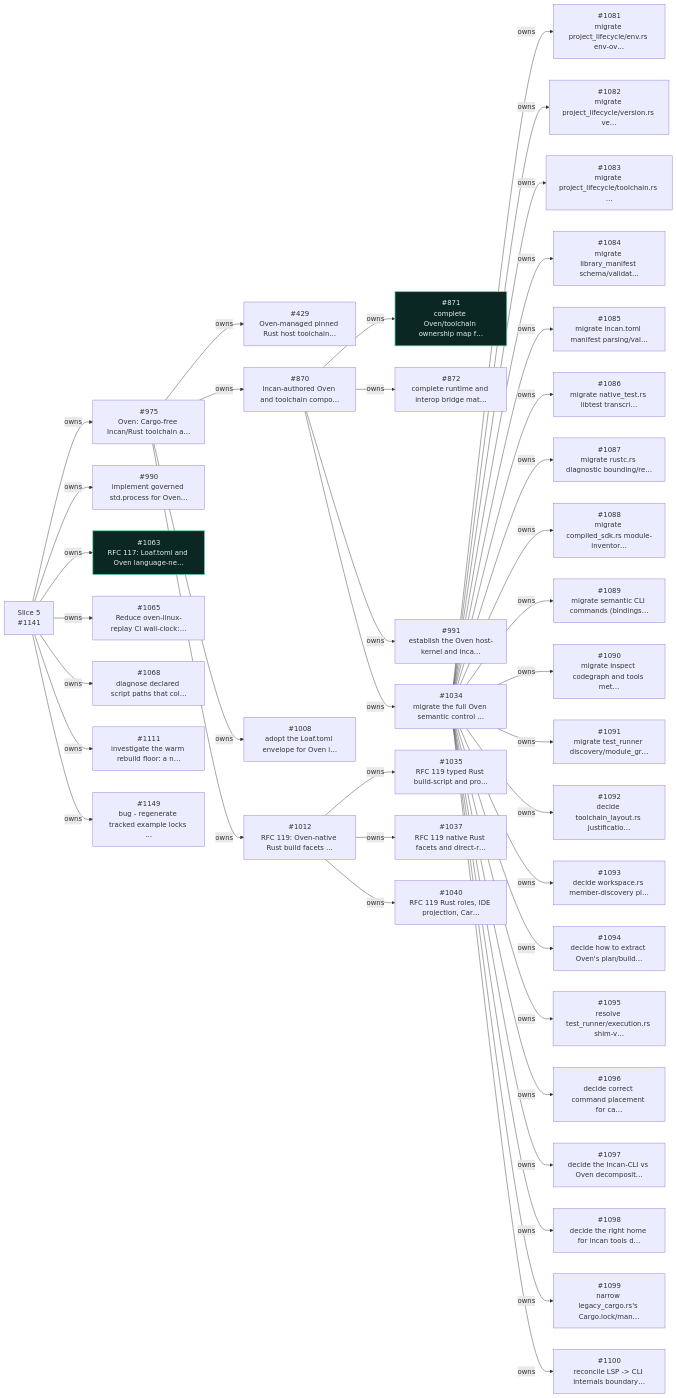
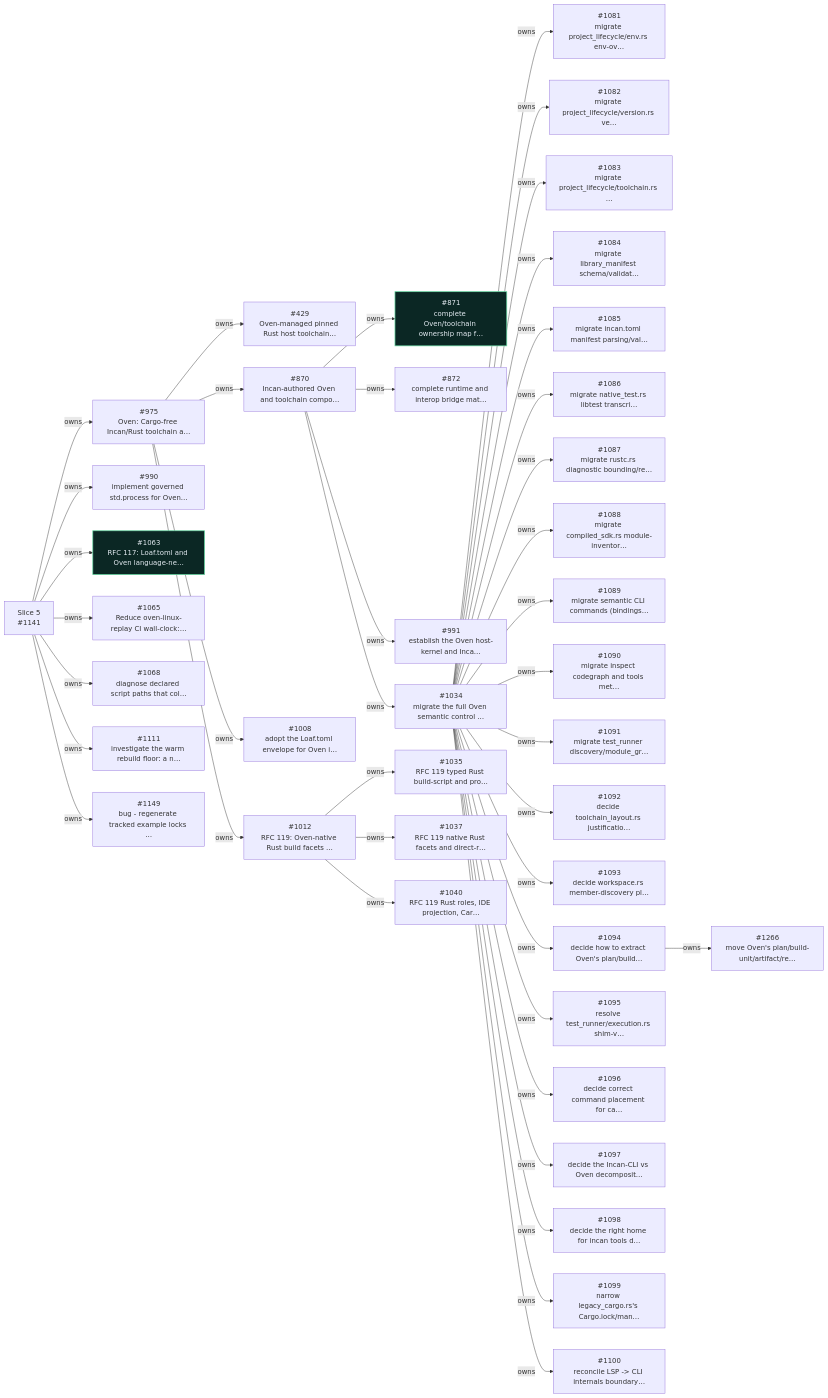
The fifth of 8 diagrams in workspaces/docs-site/docs/_snippets/project/v0_6_roadmap.md (dannys-code-corner/incan), drawn with Mermaid before and after one commit. The commit also changed other lines of this file, not shown here.

Commit message:
docs - refresh the v0.6 roadmap snapshot (#1074)

````diff
--- a/workspaces/docs-site/docs/_snippets/project/v0_6_roadmap.md
+++ b/workspaces/docs-site/docs/_snippets/project/v0_6_roadmap.md
@@ -362,6 +398,7 @@
   i1111["#1111<br/>investigate the warm rebuild floor: a n…"]
   s1141["Slice 5<br/>#1141"]
   i1149["#1149<br/>bug - regenerate tracked example locks …"]
+  i1266["#1266<br/>move Oven's plan/build-unit/artifact/re…"]
   i975 -- owns --> i429
   i975 -- owns --> i870
   i870 -- owns --> i871
@@ -400,6 +437,7 @@
   i1034 -- owns --> i1100
   s1141 -- owns --> i1111
   s1141 -- owns --> i1149
+  i1094 -- owns --> i1266
   classDef incv06complete fill:#0b2724,stroke:#66d9a3,color:#e4ebf2,stroke-width:1.7px
   class i871,i1063 incv06complete
   click i429 href "https://github.com/encero-systems/incan/issues/429" "Open #429 on GitHub"
@@ -441,4 +479,5 @@
   click i1111 href "https://github.com/encero-systems/incan/issues/1111" "Open #1111 on GitHub"
   click s1141 href "https://github.com/encero-systems/incan/issues/1141" "Open #1141 on GitHub"
   click i1149 href "https://github.com/encero-systems/incan/issues/1149" "Open #1149 on GitHub"
+  click i1266 href "https://github.com/encero-systems/incan/issues/1266" "Open #1266 on GitHub"
 ```
````
